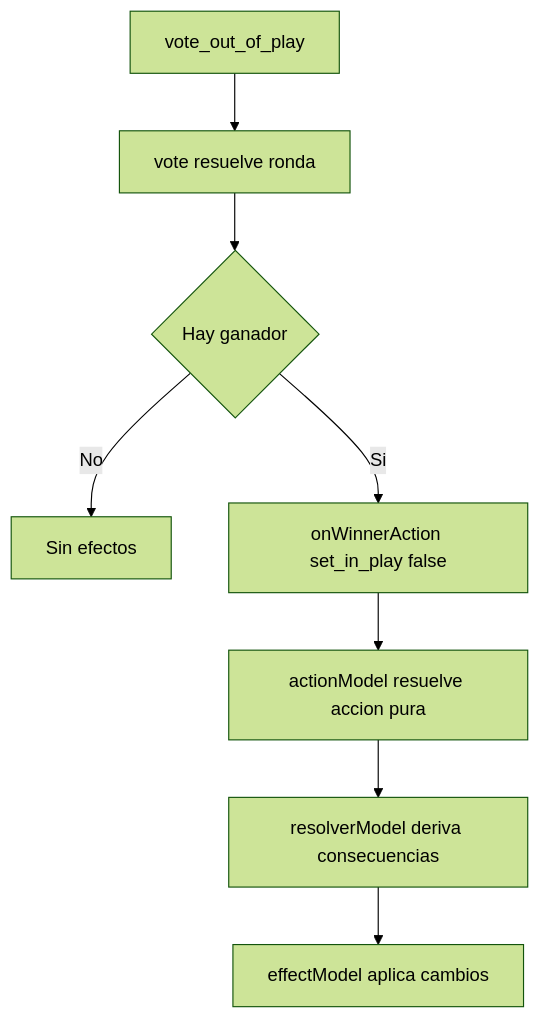
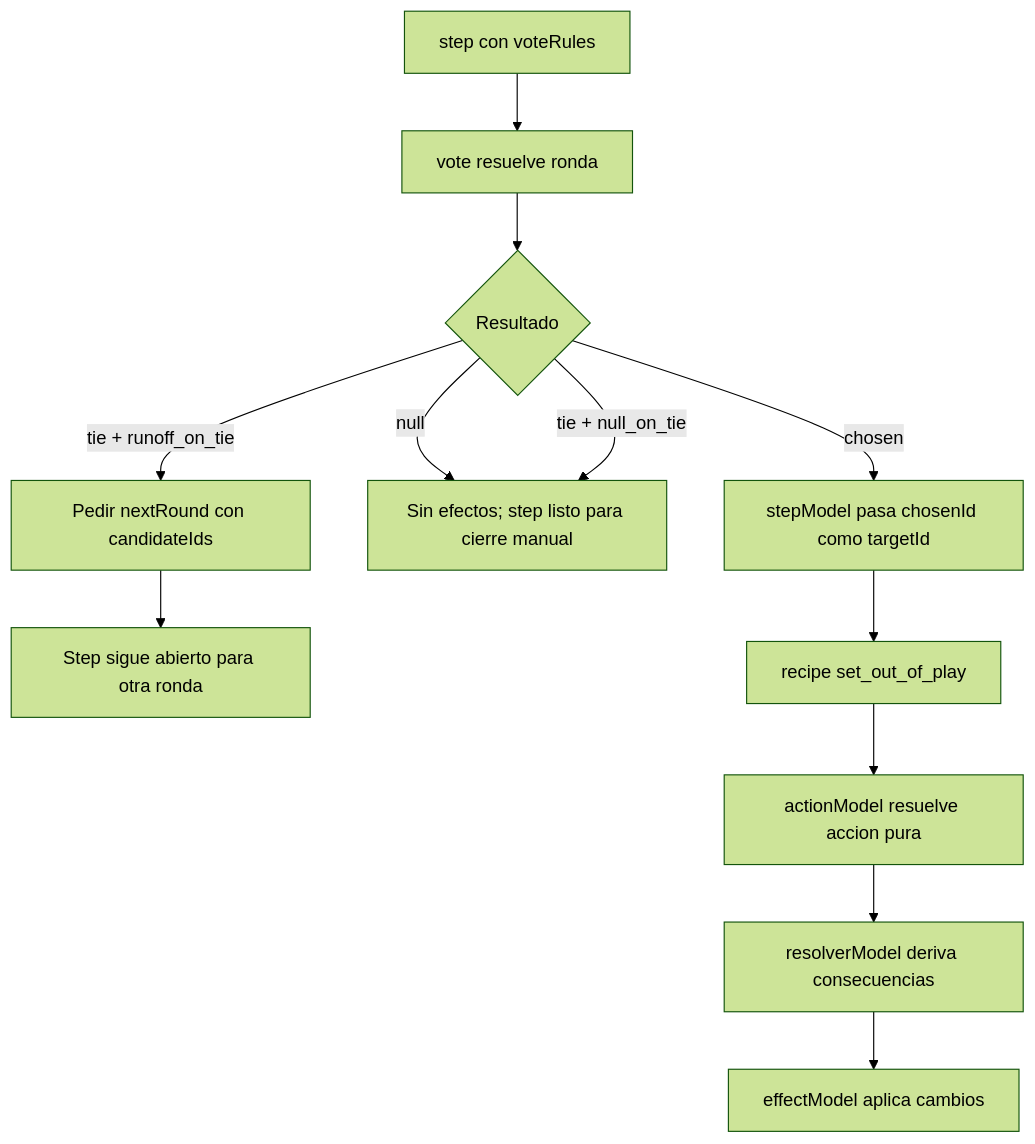
One commit to juanramonmorandeira/castronegro-director changed diagram 13 of 13 in docs/engine_flow_map.md. Above: the diagram before and after it, drawn with Mermaid (forest theme). The commit also changed other lines of this file and 43 other files, not shown here.

````diff
--- a/docs/engine_flow_map.md
+++ b/docs/engine_flow_map.md
@@ -567,10 +628,14 @@
 ```mermaid
 flowchart TD
-  A[vote_out_of_play] --> B[vote resuelve ronda]
-  B --> C{Hay ganador}
-  C -->|No| D[Sin efectos]
-  C -->|Si| E[onWinnerAction set_in_play false]
-  E --> F[actionModel resuelve accion pura]
-  F --> G[resolverModel deriva consecuencias]
-  G --> H[effectModel aplica cambios]
+  A[step con voteRules] --> B[vote resuelve ronda]
+  B --> C{Resultado}
+  C -->|chosen| E[stepModel pasa chosenId como targetId]
+  C -->|null| D[Sin efectos; step listo para cierre manual]
+  C -->|tie + null_on_tie| D
+  C -->|tie + runoff_on_tie| R[Pedir nextRound con candidateIds]
+  R --> S[Step sigue abierto para otra ronda]
+  E --> F[recipe set_out_of_play]
+  F --> G[actionModel resuelve accion pura]
+  G --> H[resolverModel deriva consecuencias]
+  H --> I[effectModel aplica cambios]
 ```
````
